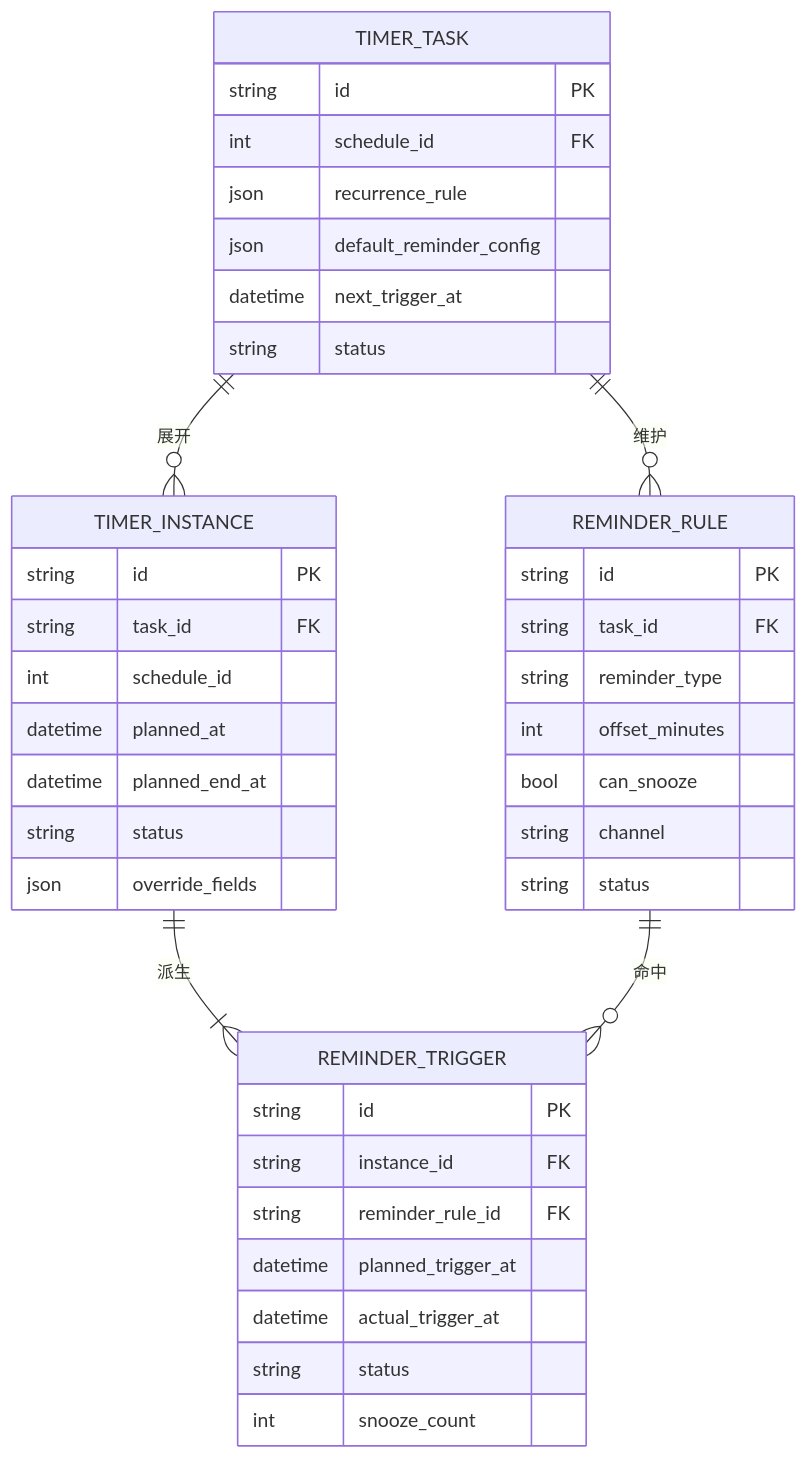
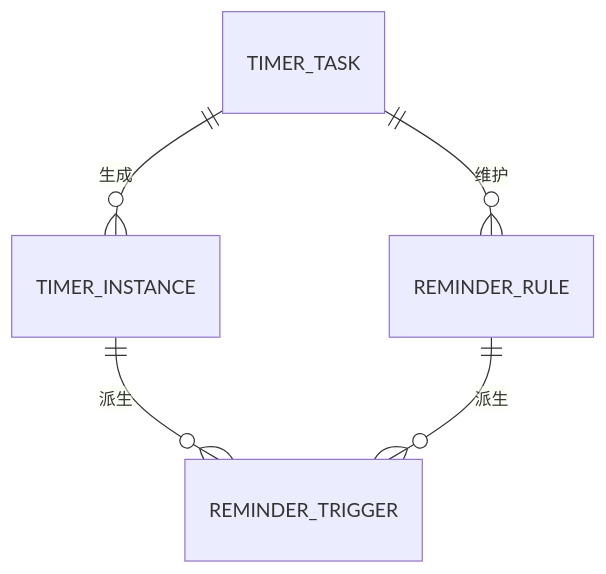
One commit to 1024XEngineer/VoiceLife changed the fifth of 5 diagrams in docs/整体架构设计format.md. Above: the diagram before and after it, drawn with Mermaid. The commit also changed other lines of this file, not shown here.

````diff
--- a/docs/整体架构设计format.md
+++ b/docs/整体架构设计format.md
@@ -670,46 +684,7 @@
 ```mermaid
 erDiagram
-  TIMER_TASK ||--o{ TIMER_INSTANCE : "展开"
+  TIMER_TASK ||--o{ TIMER_INSTANCE : "生成"
   TIMER_TASK ||--o{ REMINDER_RULE : "维护"
-  TIMER_INSTANCE ||--|{ REMINDER_TRIGGER : "派生"
-  REMINDER_RULE ||--o{ REMINDER_TRIGGER : "命中"
-
-  TIMER_TASK {
-    string id PK
-    int schedule_id FK
-    json recurrence_rule
-    json default_reminder_config
-    datetime next_trigger_at
-    string status
-  }
-
-  TIMER_INSTANCE {
-    string id PK
-    string task_id FK
-    int schedule_id
-    datetime planned_at
-    datetime planned_end_at
-    string status
-    json override_fields
-  }
-
-  REMINDER_RULE {
-    string id PK
-    string task_id FK
-    string reminder_type
-    int offset_minutes
-    bool can_snooze
-    string channel
-    string status
-  }
-
-  REMINDER_TRIGGER {
-    string id PK
-    string instance_id FK
-    string reminder_rule_id FK
-    datetime planned_trigger_at
-    datetime actual_trigger_at
-    string status
-    int snooze_count
-  }
+  TIMER_INSTANCE ||--o{ REMINDER_TRIGGER : "派生"
+  REMINDER_RULE ||--o{ REMINDER_TRIGGER : "派生"
 ```
````
